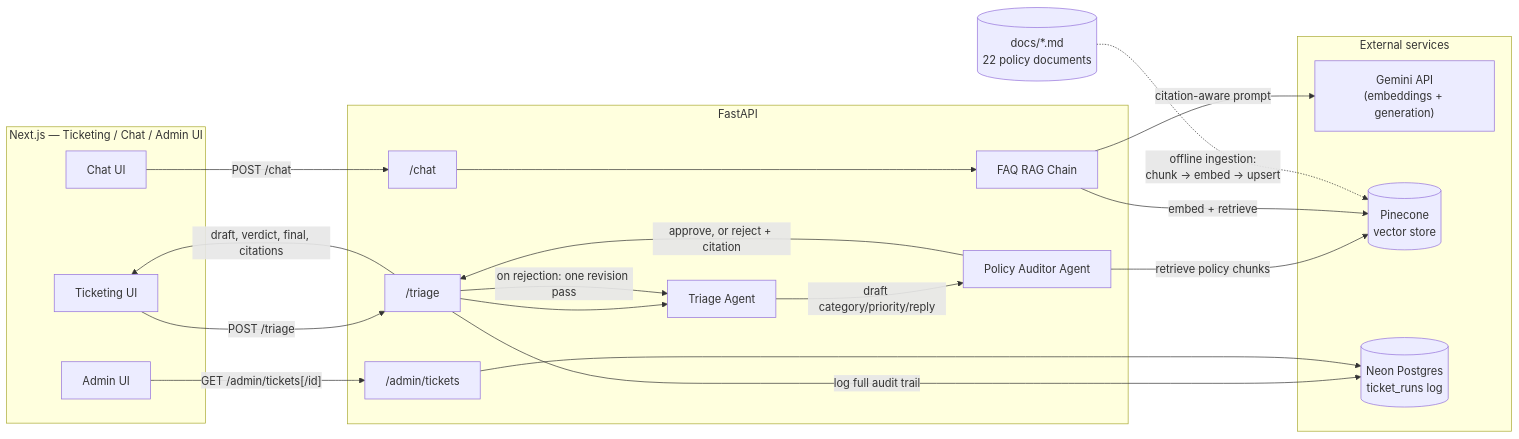
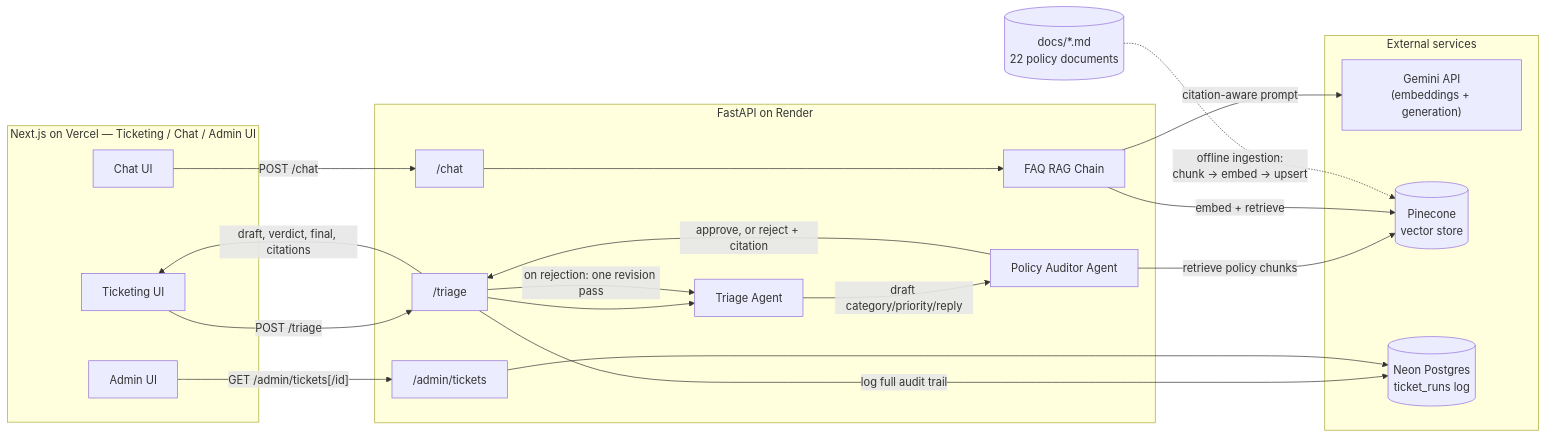
The diagram in README.md (TheOneAndOnlyNjabulo/marula-property-group), drawn with Mermaid before and after one commit. The commit also changed other lines of this file, not shown here.

Commit message:
add live demo link and Vercel/Render hosting to README

````diff
--- a/README.md
+++ b/README.md
@@ -25,40 +27,40 @@
 ```mermaid
 flowchart LR
-    subgraph Frontend["Next.js — Ticketing / Chat / Admin UI"]
+    subgraph Frontend["Next.js on Vercel — Ticketing / Chat / Admin UI"]
         TicketUI[Ticketing UI]
         ChatUI[Chat UI]
         AdminUI[Admin UI]
     end
 
-    subgraph Backend["FastAPI"]
+    subgraph Backend["FastAPI on Render"]
         TriageAPI["/triage"]
         ChatAPI["/chat"]
         AdminAPI["/admin/tickets"]
         Triage[Triage Agent]
         Auditor[Policy Auditor Agent]
         RAG[FAQ RAG Chain]
     end
 
     subgraph External["External services"]
         Gemini["Gemini API<br/>(embeddings + generation)"]
         Pinecone[(Pinecone<br/>vector store)]
         Neon[(Neon Postgres<br/>ticket_runs log)]
     end
 
     TicketUI -- "POST /triage" --> TriageAPI
     TriageAPI --> Triage
     Triage -- "draft category/priority/reply" --> Auditor
     Auditor -- "retrieve policy chunks" --> Pinecone
     Auditor -- "approve, or reject + citation" --> TriageAPI
     TriageAPI -- "on rejection: one revision pass" --> Triage
     TriageAPI -- "log full audit trail" --> Neon
     TriageAPI -- "draft, verdict, final, citations" --> TicketUI
 
     ChatUI -- "POST /chat" --> ChatAPI --> RAG
     RAG -- "embed + retrieve" --> Pinecone
     RAG -- "citation-aware prompt" --> Gemini
 
     AdminUI -- "GET /admin/tickets[/id]" --> AdminAPI --> Neon
 
     Docs[("docs/*.md<br/>22 policy documents")] -. "offline ingestion:<br/>chunk → embed → upsert" .-> Pinecone
 ```
````
